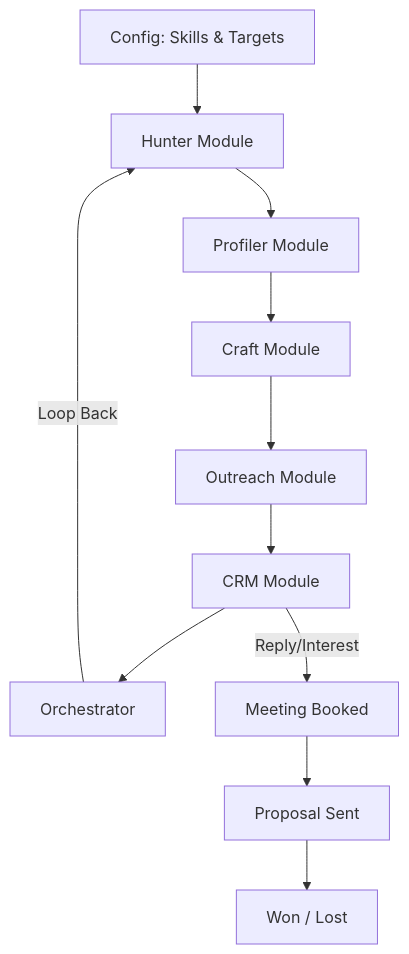
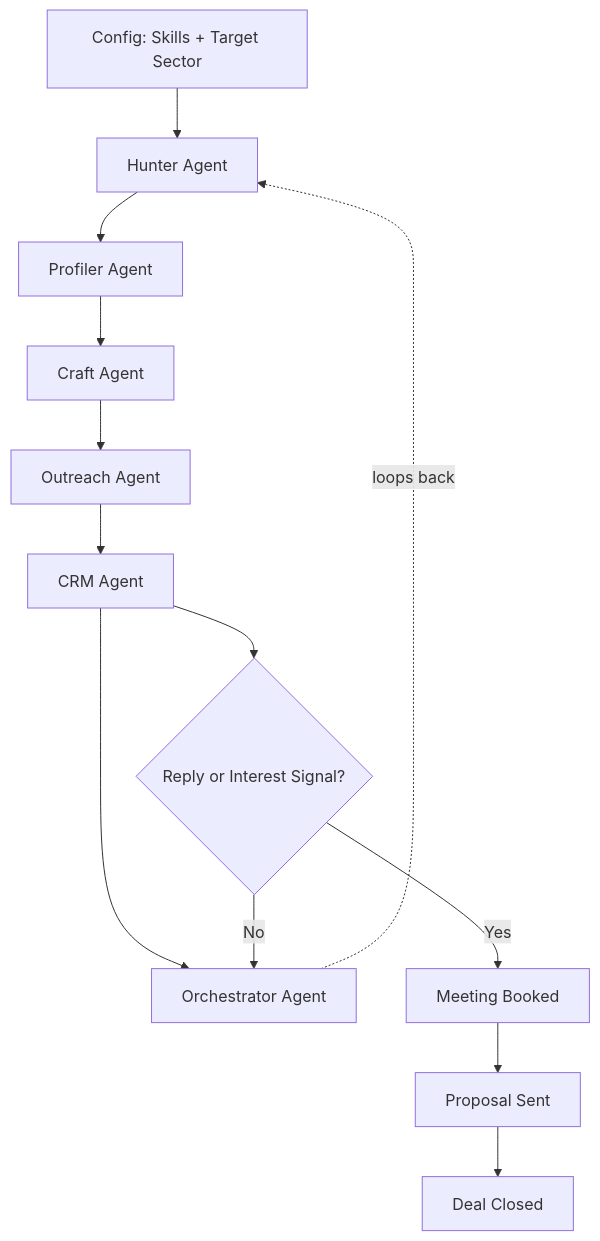
One commit to raghul-cyber/contractor-os changed the first of 5 diagrams in README.md. Above: the diagram before and after it, drawn with Mermaid. The commit also changed other lines of this file, not shown here.

Commit message:
docs: add full project README with architecture diagrams

````diff
--- a/README.md
+++ b/README.md
@@ -37,14 +47,15 @@
 ```mermaid
 flowchart TD
-    Config[Config: Skills & Targets] --> Hunter[Hunter Module]
-    Hunter --> Profiler[Profiler Module]
-    Profiler --> Craft[Craft Module]
-    Craft --> Outreach[Outreach Module]
-    Outreach --> CRM[CRM Module]
-    CRM --> Orchestrator[Orchestrator]
-    Orchestrator -->|Loop Back| Hunter
-    
-    CRM -->|Reply/Interest| MeetingBooked[Meeting Booked]
-    MeetingBooked --> Proposal[Proposal Sent]
-    Proposal --> Close[Won / Lost]
+    A[Config: Skills + Target Sector] --> B[Hunter Agent]
+    B --> C[Profiler Agent]
+    C --> D[Craft Agent]
+    D --> E[Outreach Agent]
+    E --> F[CRM Agent]
+    F --> G[Orchestrator Agent]
+    G -.loops back.-> B
+    F --> H{Reply or Interest Signal?}
+    H -->|Yes| I[Meeting Booked]
+    I --> J[Proposal Sent]
+    J --> K[Deal Closed]
+    H -->|No| G
 ```
````
